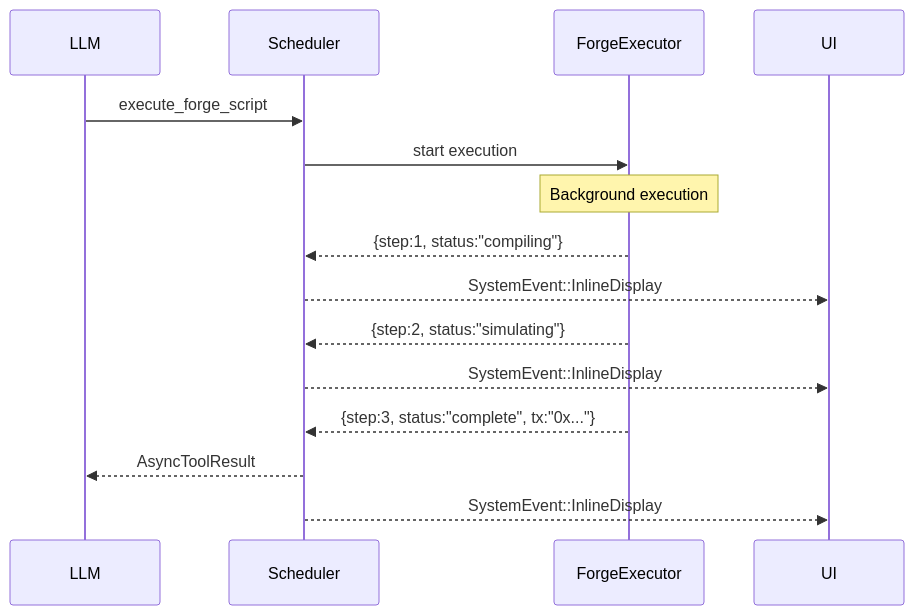
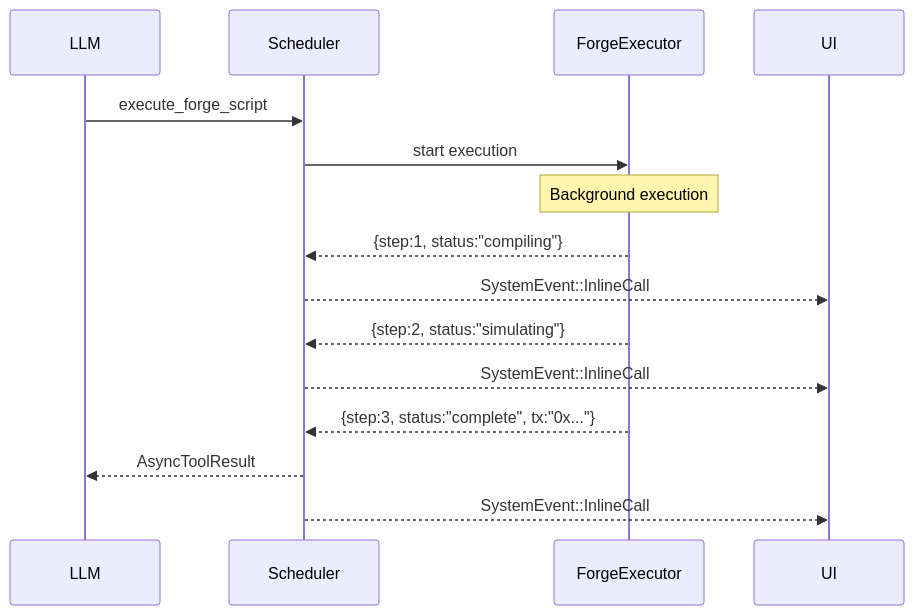
Before and after one commit to aomi-labs/product-mono: the sixth of 11 diagrams in docs/guides/runtime.md, drawn with Mermaid. The commit also changed 30 other files, not shown here.

````diff
--- a/docs/guides/runtime.md
+++ b/docs/guides/runtime.md
@@ -207,22 +207,22 @@
 ```mermaid
 sequenceDiagram
     participant LLM
     participant Scheduler
     participant Forge as ForgeExecutor
     participant UI
 
     LLM->>Scheduler: execute_forge_script
     Scheduler->>Forge: start execution
 
     Note over Forge: Background execution
 
     Forge-->>Scheduler: {step:1, status:"compiling"}
-    Scheduler-->>UI: SystemEvent::InlineDisplay
+    Scheduler-->>UI: SystemEvent::InlineCall
 
     Forge-->>Scheduler: {step:2, status:"simulating"}
-    Scheduler-->>UI: SystemEvent::InlineDisplay
+    Scheduler-->>UI: SystemEvent::InlineCall
 
     Forge-->>Scheduler: {step:3, status:"complete", tx:"0x..."}
     Scheduler-->>LLM: AsyncToolResult
-    Scheduler-->>UI: SystemEvent::InlineDisplay
+    Scheduler-->>UI: SystemEvent::InlineCall
 ```
````
